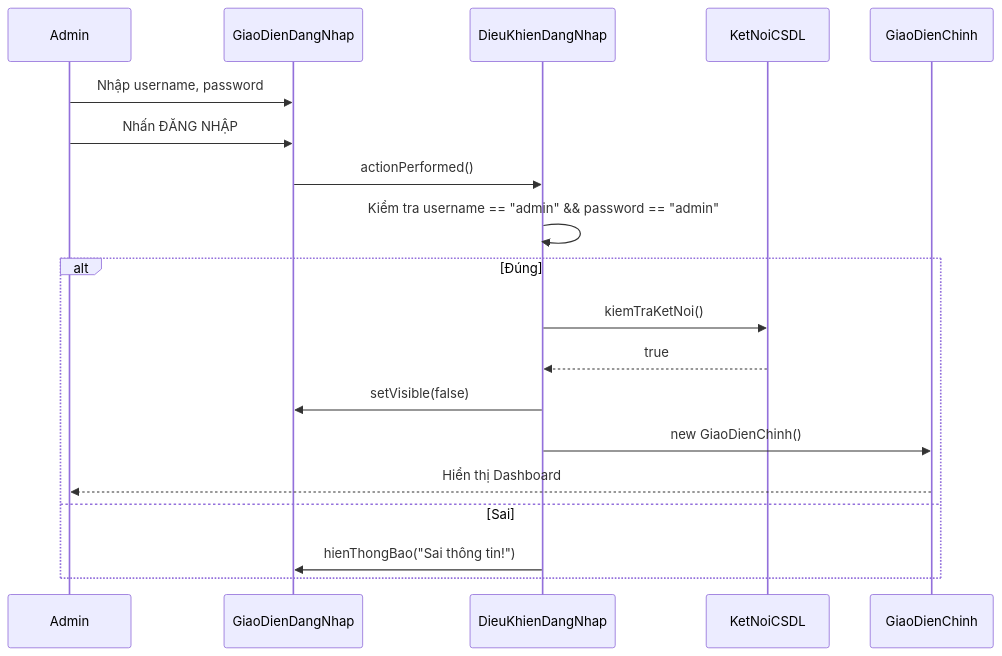
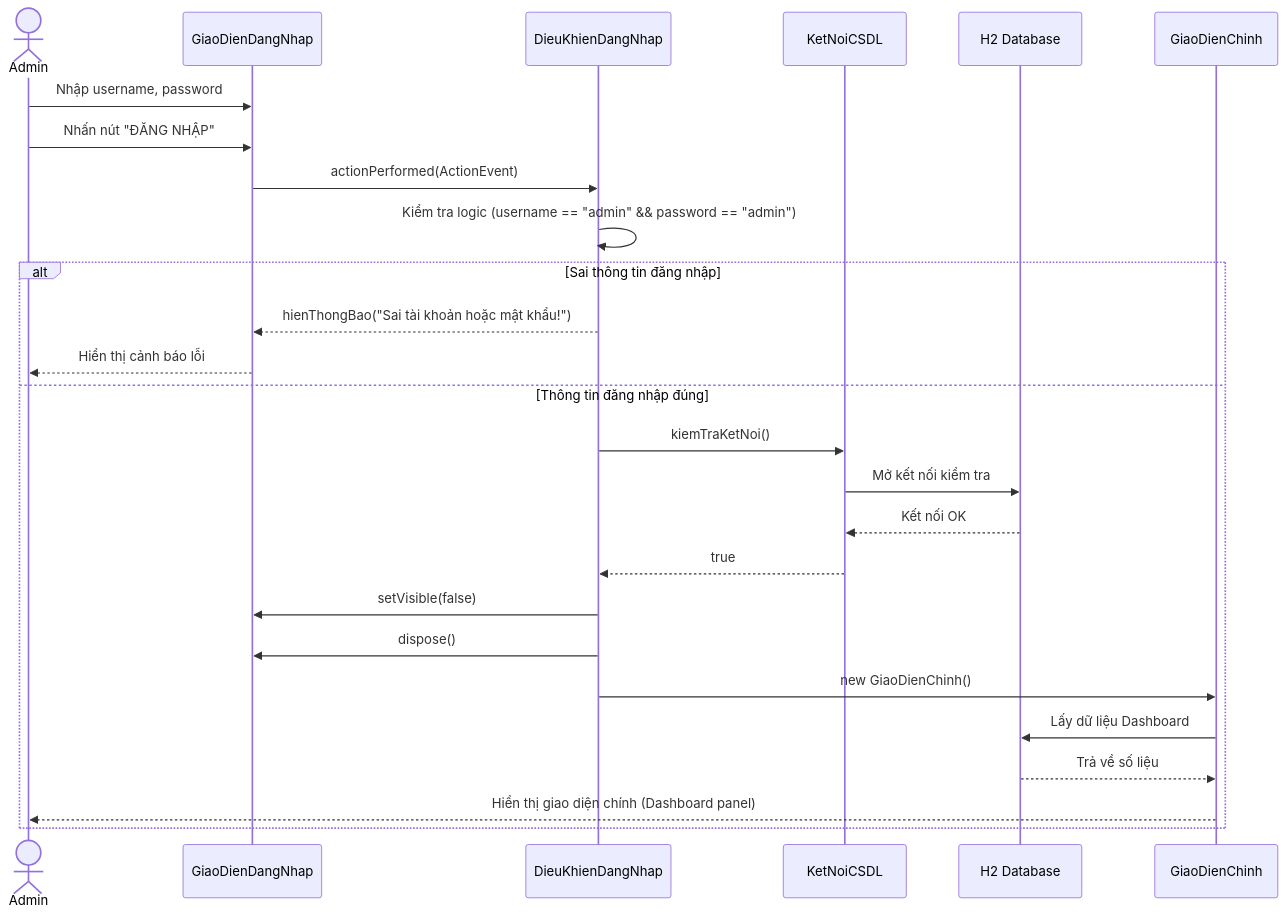
Before and after one commit to phhuyen1109/BTL: the ninth of 20 diagrams in BaoCao_DoAn.md, drawn with Mermaid. The commit also changed other lines of this file and 1 other file, not shown here.

Commit message:
Ve chi tiet so do use case tung phan he va chi tiet cac luong activity/sequence

````diff
--- a/BaoCao_DoAn.md
+++ b/BaoCao_DoAn.md
@@ -865,22 +930,29 @@
 ```mermaid
 sequenceDiagram
-    participant Admin
-    participant GiaoDienDangNhap
-    participant DieuKhienDangNhap
-    participant KetNoiCSDL
-    participant GiaoDienChinh
+    actor Admin
+    participant G as GiaoDienDangNhap
+    participant C as DieuKhienDangNhap
+    participant K as KetNoiCSDL
+    participant H2 as H2 Database
+    participant M as GiaoDienChinh
 
-    Admin->>GiaoDienDangNhap: Nhập username, password
-    Admin->>GiaoDienDangNhap: Nhấn ĐĂNG NHẬP
-    GiaoDienDangNhap->>DieuKhienDangNhap: actionPerformed()
-    DieuKhienDangNhap->>DieuKhienDangNhap: Kiểm tra username == "admin" && password == "admin"
-    alt Đúng
-        DieuKhienDangNhap->>KetNoiCSDL: kiemTraKetNoi()
-        KetNoiCSDL-->>DieuKhienDangNhap: true
-        DieuKhienDangNhap->>GiaoDienDangNhap: setVisible(false)
-        DieuKhienDangNhap->>GiaoDienChinh: new GiaoDienChinh()
-        GiaoDienChinh-->>Admin: Hiển thị Dashboard
-    else Sai
-        DieuKhienDangNhap->>GiaoDienDangNhap: hienThongBao("Sai thông tin!")
+    Admin->>G: Nhập username, password
+    Admin->>G: Nhấn nút "ĐĂNG NHẬP"
+    G->>C: actionPerformed(ActionEvent)
+    C->>C: Kiểm tra logic (username == "admin" && password == "admin")
+    alt Sai thông tin đăng nhập
+        C-->>G: hienThongBao("Sai tài khoản hoặc mật khẩu!")
+        G-->>Admin: Hiển thị cảnh báo lỗi
+    else Thông tin đăng nhập đúng
+        C->>K: kiemTraKetNoi()
+        K->>H2: Mở kết nối kiểm tra
+        H2-->>K: Kết nối OK
+        K-->>C: true
+        C->>G: setVisible(false)
+        C->>G: dispose()
+        C->>M: new GiaoDienChinh()
+        M->>H2: Lấy dữ liệu Dashboard
+        H2-->>M: Trả về số liệu
+        M-->>Admin: Hiển thị giao diện chính (Dashboard panel)
     end
 ```
````
